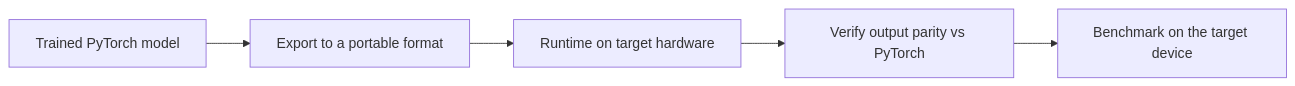
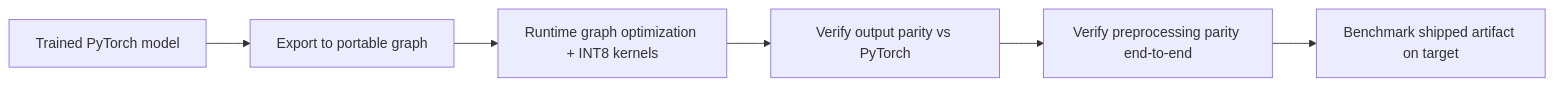
The diagram in curriculum/week-11-deploying-vision-on-the-edge/lecture-notes/03-export-and-benchmark.md (CODECRUNCHWORLDWIDE/C56-CRUNCH-VISION), drawn with Mermaid before and after one commit. The commit also changed other lines of this file and 254 other files, not shown here.

Commit message:
docs: add diagrams + sync content from curriculum source

````diff
--- a/curriculum/week-11-deploying-vision-on-the-edge/lecture-notes/03-export-and-benchmark.md
+++ b/curriculum/week-11-deploying-vision-on-the-edge/lecture-notes/03-export-and-benchmark.md
@@ -21,7 +50,8 @@
 ```mermaid
 flowchart LR
-  A["Trained PyTorch model"] --> B["Export to a portable format"]
-  B --> C["Runtime on target hardware"]
+  A["Trained PyTorch model"] --> B["Export to portable graph"]
+  B --> C["Runtime graph optimization + INT8 kernels"]
   C --> D["Verify output parity vs PyTorch"]
-  D --> E["Benchmark on the target device"]
+  D --> E["Verify preprocessing parity end-to-end"]
+  E --> F["Benchmark shipped artifact on target"]
 ```
````
